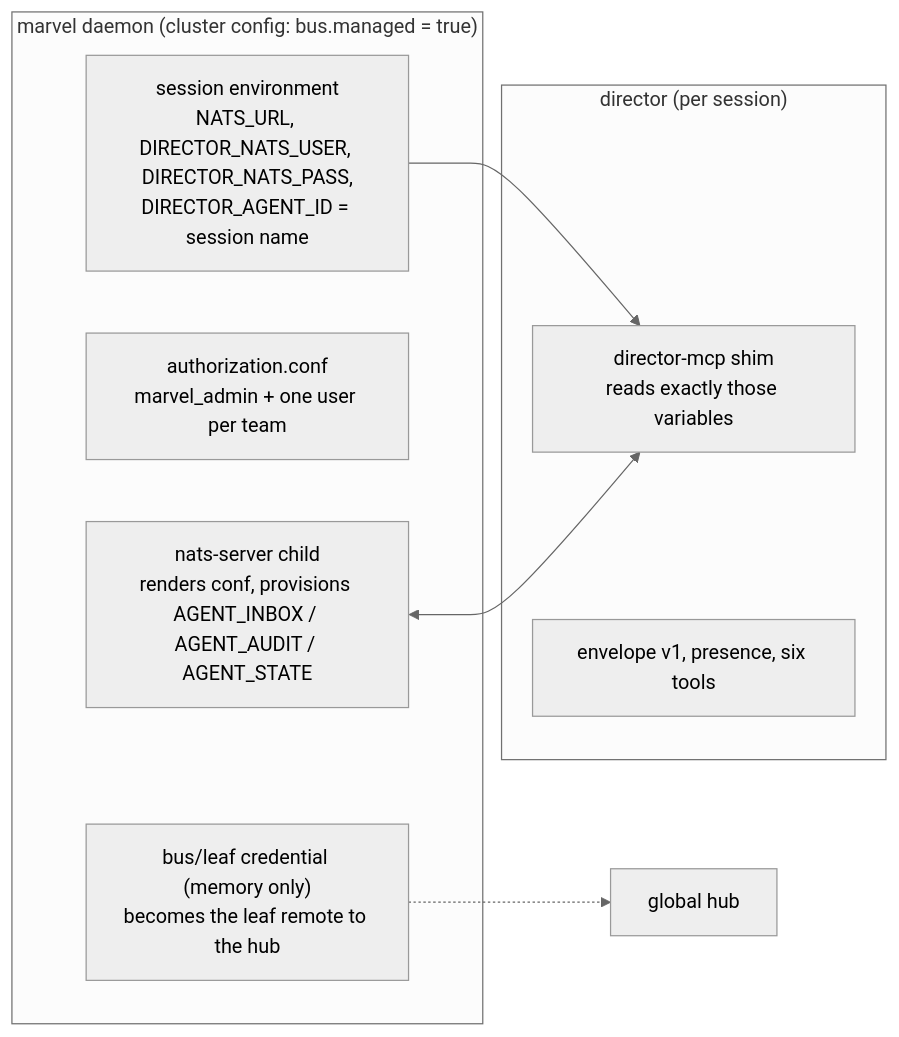
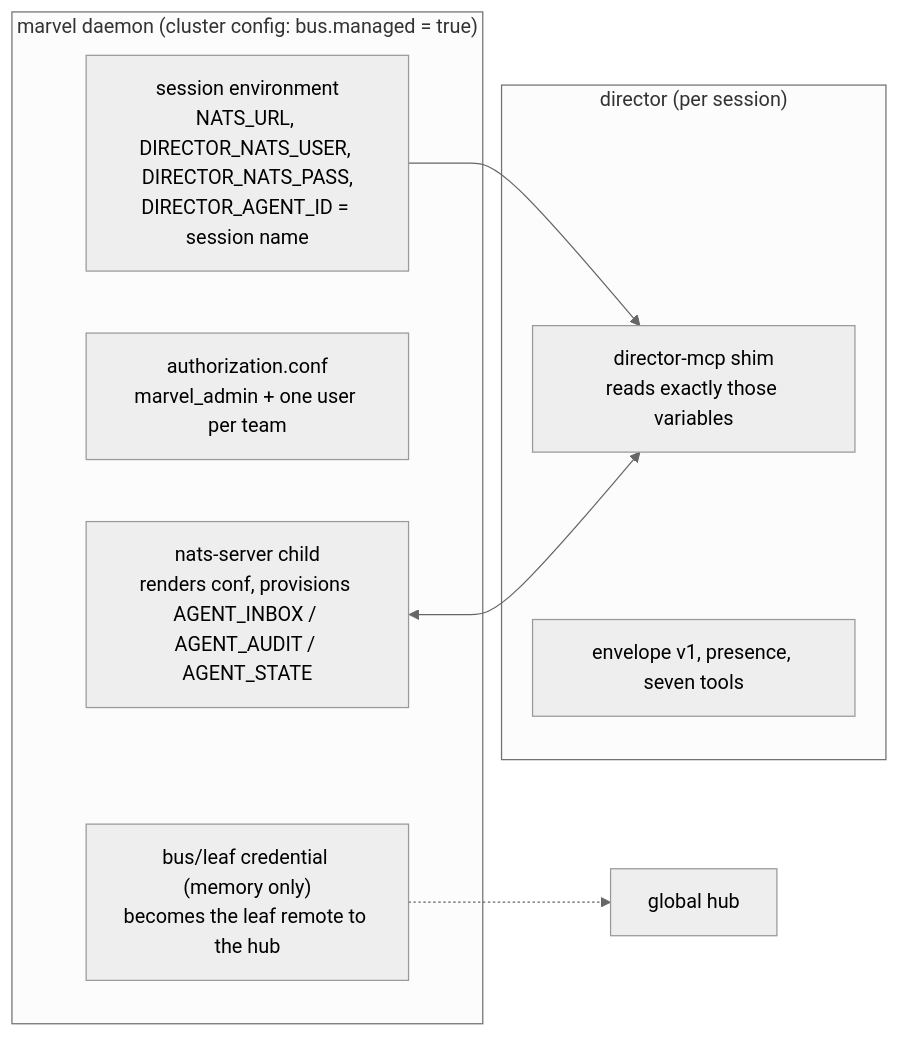
One commit to ArcavenAE/director changed the sixth of 11 diagrams in docs/architecture.md. Above: the diagram before and after it, drawn with Mermaid (neutral theme). The commit also changed 6 other files, not shown here.

````diff
--- a/docs/architecture.md
+++ b/docs/architecture.md
@@ -179,16 +179,16 @@
 ```mermaid
 flowchart LR
   subgraph marvel["marvel daemon (cluster config: bus.managed = true)"]
     N["nats-server child<br/>renders conf, provisions AGENT_INBOX / AGENT_AUDIT / AGENT_STATE"]
     AUTH["authorization.conf<br/>marvel_admin + one user per team"]
     ENV["session environment<br/>NATS_URL, DIRECTOR_NATS_USER, DIRECTOR_NATS_PASS,<br/>DIRECTOR_AGENT_ID = session name"]
     LEAF["bus/leaf credential (memory only)<br/>becomes the leaf remote to the hub"]
   end
   subgraph director["director (per session)"]
     SHIM["director-mcp shim<br/>reads exactly those variables"]
-    PROTO["envelope v1, presence, six tools"]
+    PROTO["envelope v1, presence, seven tools"]
   end
   ENV --> SHIM
   N <--> SHIM
   LEAF -.-> HUB["global hub"]
 ```
````
